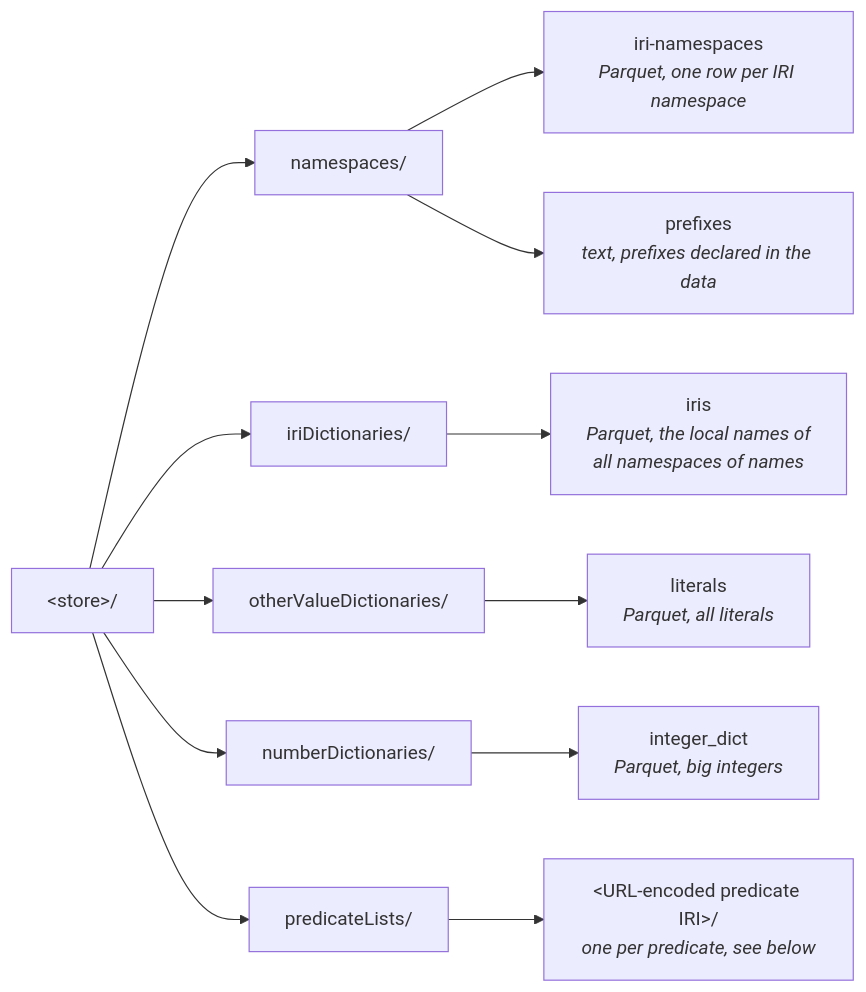
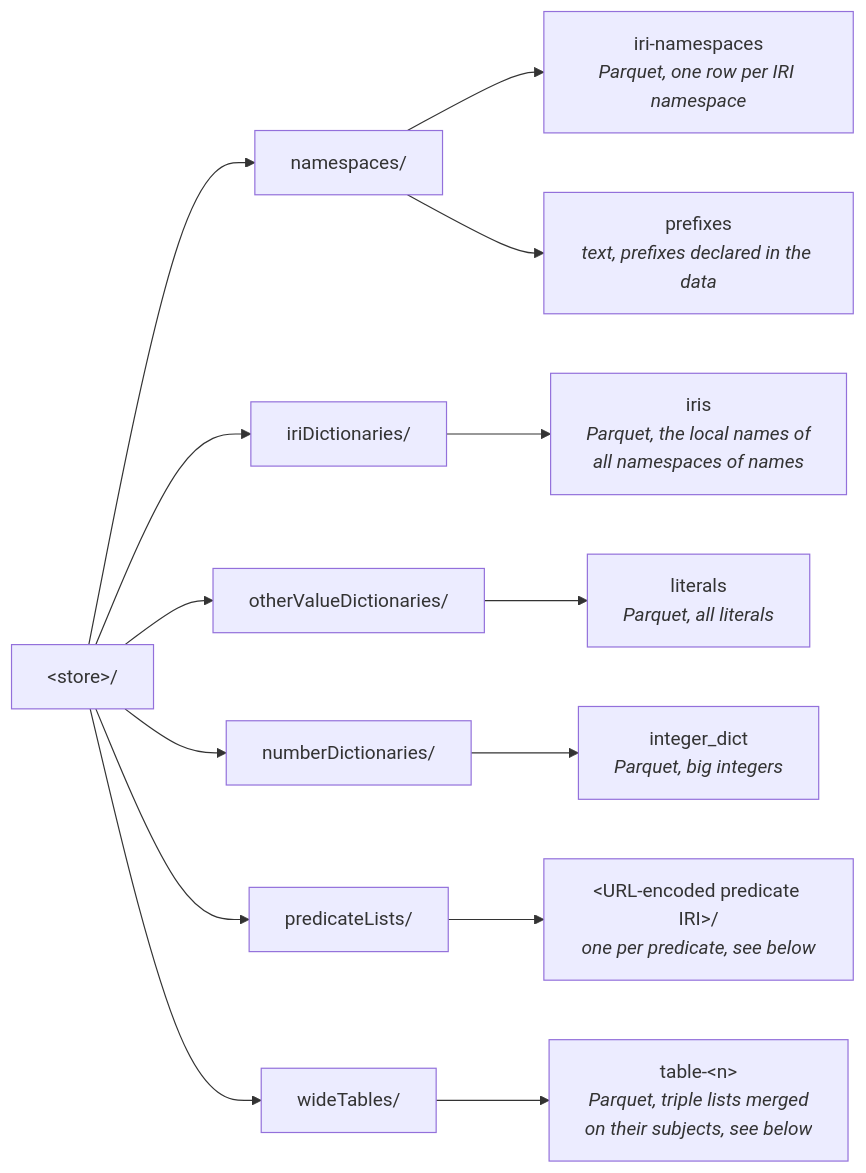
The first of 5 diagrams in docs/storage.md (JervenBolleman/sparql-readonly), drawn with Mermaid before and after one commit. The commit also changed other lines of this file and 12 other files, not shown here.

First line of the commit message:
Merge one-object-per-subject triple lists into wide tables

````diff
--- a/docs/storage.md
+++ b/docs/storage.md
@@ -15,15 +15,17 @@
 ```mermaid
 flowchart LR
     store["#lt;store#gt;/"]
     store --> ns["namespaces/"]
     store --> iri["iriDictionaries/"]
     store --> other["otherValueDictionaries/"]
     store --> num["numberDictionaries/"]
     store --> lists["predicateLists/"]
+    store --> wide["wideTables/"]
     ns --> nsfile["iri-namespaces<br/><i>Parquet, one row per IRI namespace</i>"]
     ns --> prefixes["prefixes<br/><i>text, prefixes declared in the data</i>"]
     iri --> iris["iris<br/><i>Parquet, the local names of<br/>all namespaces of names</i>"]
     other --> literals["literals<br/><i>Parquet, all literals</i>"]
     num --> integers["integer_dict<br/><i>Parquet, big integers</i>"]
     lists --> pred["#lt;URL-encoded predicate IRI#gt;/<br/><i>one per predicate, see below</i>"]
+    wide --> table["table-#lt;n#gt;<br/><i>Parquet, triple lists merged<br/>on their subjects, see below</i>"]
 ```
````
